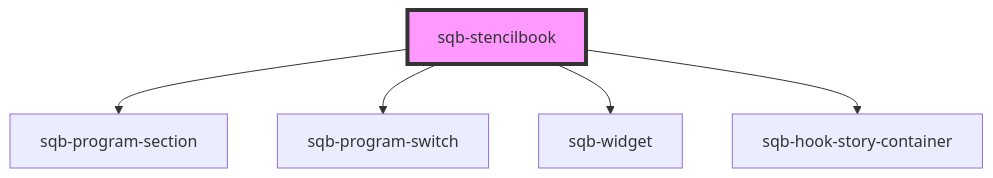
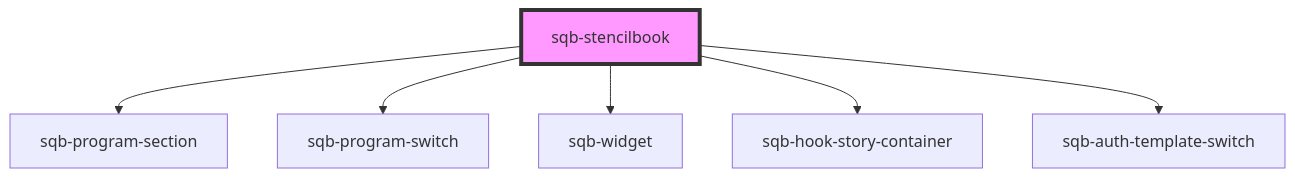
Before and after one commit to saasquatch/program-tools: the diagram in packages/bedrock-components/src/components/sqb-stencilbook/readme.md, drawn with Mermaid. The commit also changed other lines of this file and 2 other files, not shown here.

````diff
--- a/packages/bedrock-components/src/components/sqb-stencilbook/readme.md
+++ b/packages/bedrock-components/src/components/sqb-stencilbook/readme.md
@@ -18,8 +19,9 @@
 ```mermaid
 graph TD;
   sqb-stencilbook --> sqb-program-section
   sqb-stencilbook --> sqb-program-switch
   sqb-stencilbook --> sqb-widget
   sqb-stencilbook --> sqb-hook-story-container
+  sqb-stencilbook --> sqb-auth-template-switch
   style sqb-stencilbook fill:#f9f,stroke:#333,stroke-width:4px
 ```
````
